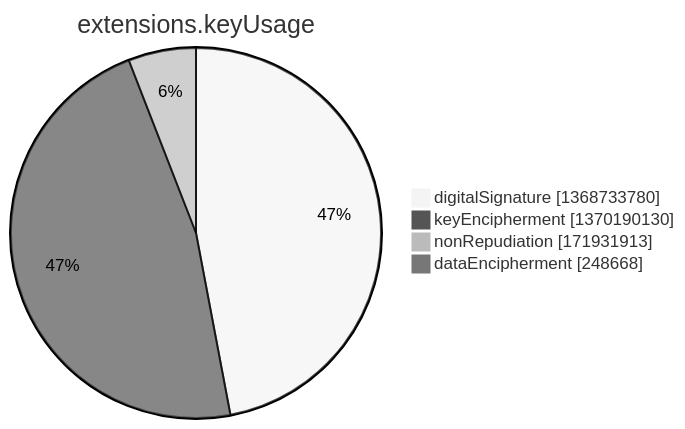
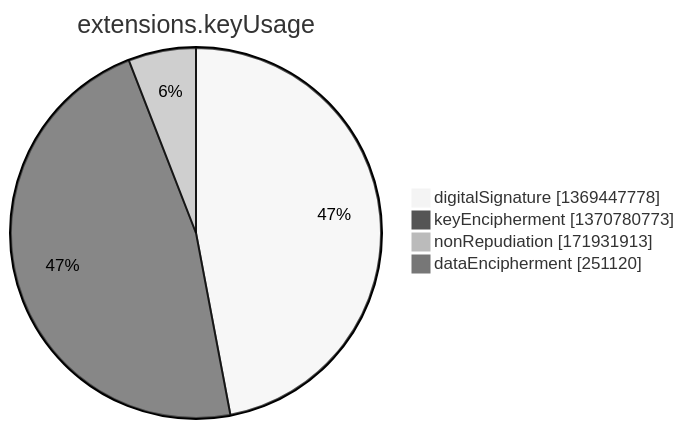
Before and after one commit to christiankrug/ctmonitor_visualization: the seventh of 15 diagrams in argon2022/README.md, drawn with Mermaid (neutral theme). The commit also changed other lines of this file, not shown here.

````diff
--- a/argon2022/README.md
+++ b/argon2022/README.md
@@ -2751,8 +2751,8 @@
 ```mermaid
 pie showData
 title extensions.keyUsage
-"digitalSignature" :1368733780
-"keyEncipherment" :1370190130
+"digitalSignature" :1369447778
+"keyEncipherment" :1370780773
 "nonRepudiation" :171931913
-"dataEncipherment" :248668
+"dataEncipherment" :251120
 ```
````
